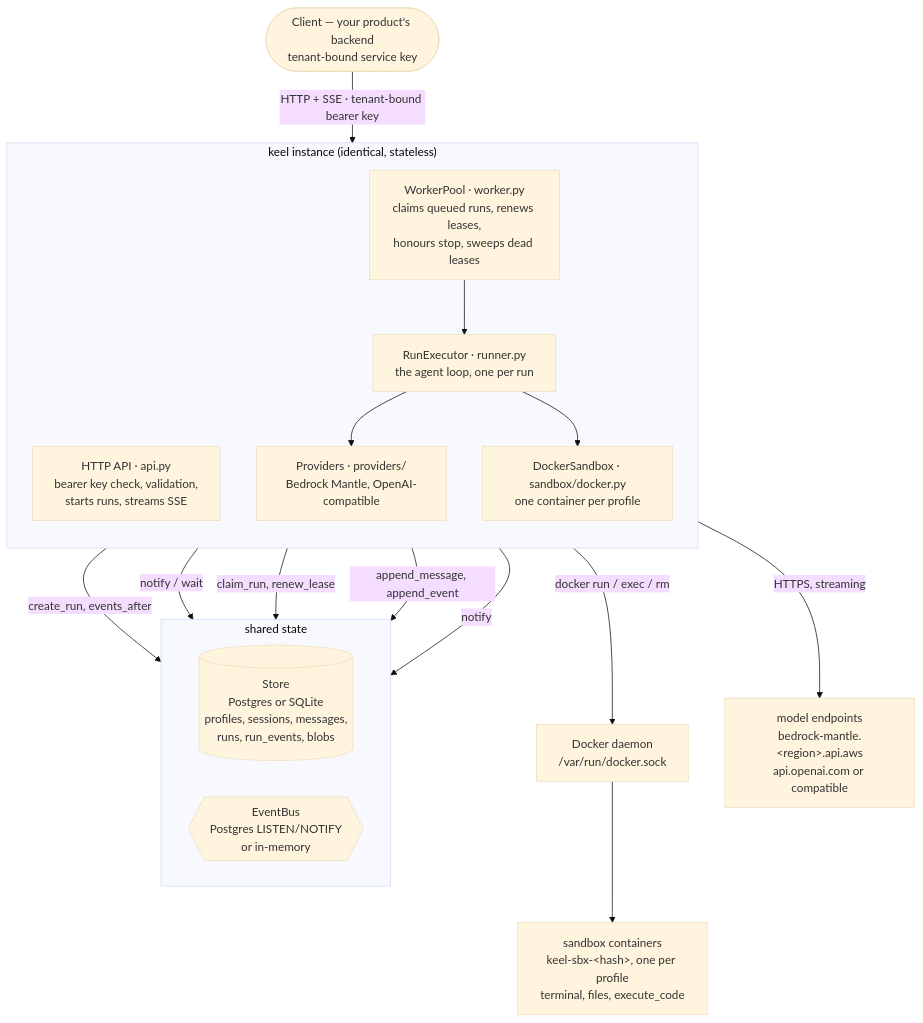
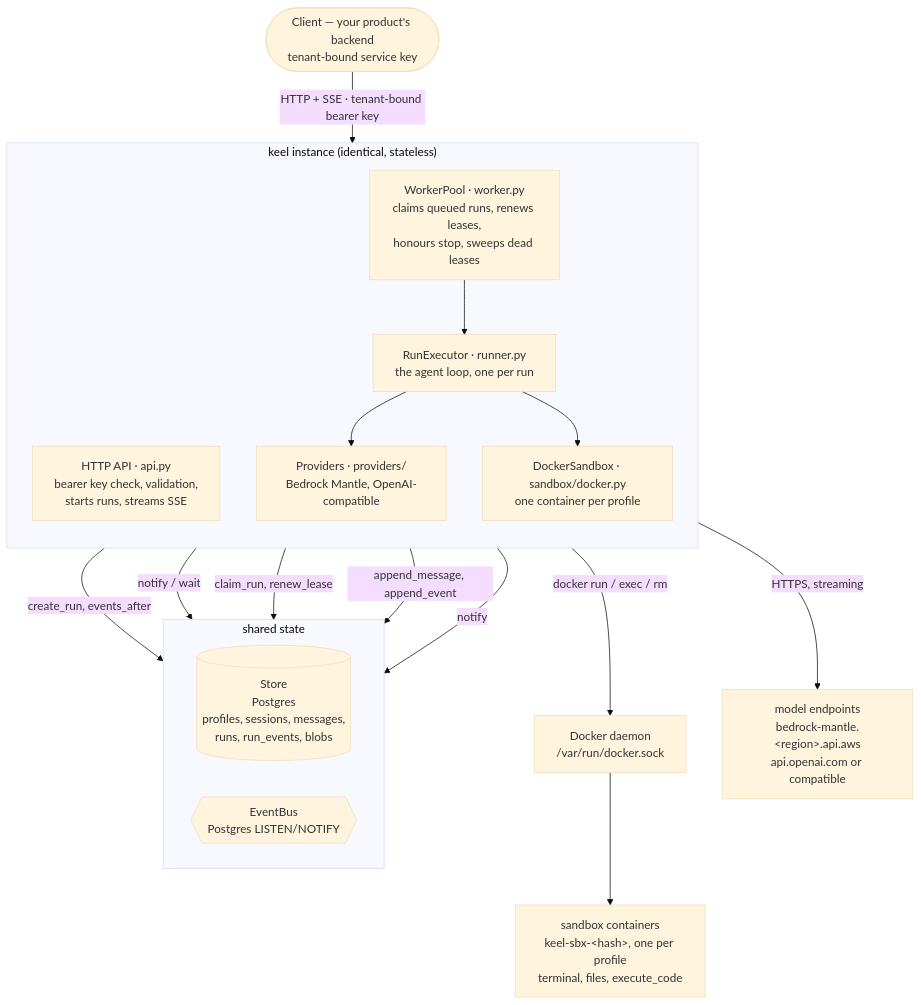
The first of 9 diagrams in docs/architecture.md (ryang420/agent-keel), drawn with Mermaid (base theme) before and after one commit. The commit also changed other lines of this file and 50 other files, not shown here.

````diff
--- a/docs/architecture.md
+++ b/docs/architecture.md
@@ -18,36 +18,36 @@
 ```mermaid
 flowchart TB
     CL(["Client — your product's backend<br/>tenant-bound service key"])
 
     subgraph inst["keel instance (identical, stateless)"]
         direction TB
         API["HTTP API · api.py<br/>bearer key check, validation,<br/>starts runs, streams SSE"]
         WP["WorkerPool · worker.py<br/>claims queued runs, renews leases,<br/>honours stop, sweeps dead leases"]
         EX["RunExecutor · runner.py<br/>the agent loop, one per run"]
         SB["DockerSandbox · sandbox/docker.py<br/>one container per profile"]
         PR["Providers · providers/<br/>Bedrock Mantle, OpenAI-compatible"]
     end
 
     subgraph shared["shared state"]
         direction LR
-        DB[("Store<br/>Postgres or SQLite<br/>profiles, sessions, messages,<br/>runs, run_events, blobs")]
-        BUS{{"EventBus<br/>Postgres LISTEN/NOTIFY<br/>or in-memory"}}
+        DB[("Store<br/>Postgres<br/>profiles, sessions, messages,<br/>runs, run_events, blobs")]
+        BUS{{"EventBus<br/>Postgres LISTEN/NOTIFY"}}
     end
 
     DK["Docker daemon<br/>/var/run/docker.sock"]
     SBX["sandbox containers<br/>keel-sbx-&lt;hash&gt;, one per profile<br/>terminal, files, execute_code"]
     LLM["model endpoints<br/>bedrock-mantle.&lt;region&gt;.api.aws<br/>api.openai.com or compatible"]
 
     CL -->|"HTTP + SSE · tenant-bound bearer key"| API
     API -->|"create_run, events_after"| DB
     API -->|"notify / wait"| BUS
     WP -->|"claim_run, renew_lease"| DB
     WP --> EX
     EX -->|"append_message, append_event"| DB
     EX -->|"notify"| BUS
     EX --> PR
     EX --> SB
     PR -->|"HTTPS, streaming"| LLM
     SB -->|"docker run / exec / rm"| DK
     DK --> SBX
 ```
````
